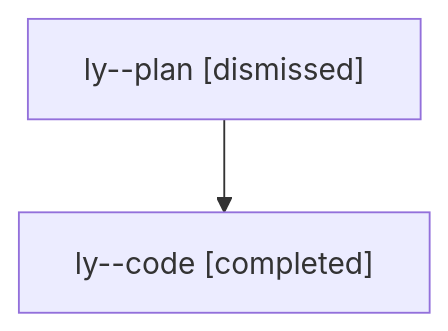
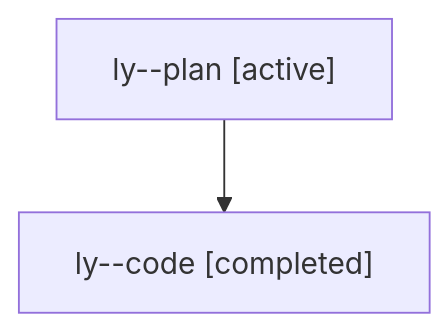
The diagram in families/bbugyi200.athena.ly.md (sase-org/sase--agents), drawn with Mermaid before and after one commit. The commit also changed other lines of this file and 5813 other files, not shown here.

````diff
--- a/families/bbugyi200.athena.ly.md
+++ b/families/bbugyi200.athena.ly.md
@@ -9,6 +9,6 @@
 ```mermaid
 flowchart TD
-  n0["ly--plan [dismissed]"]
+  n0["ly--plan [active]"]
   n1["ly--code [completed]"]
   n0 --> n1
 ```
````
